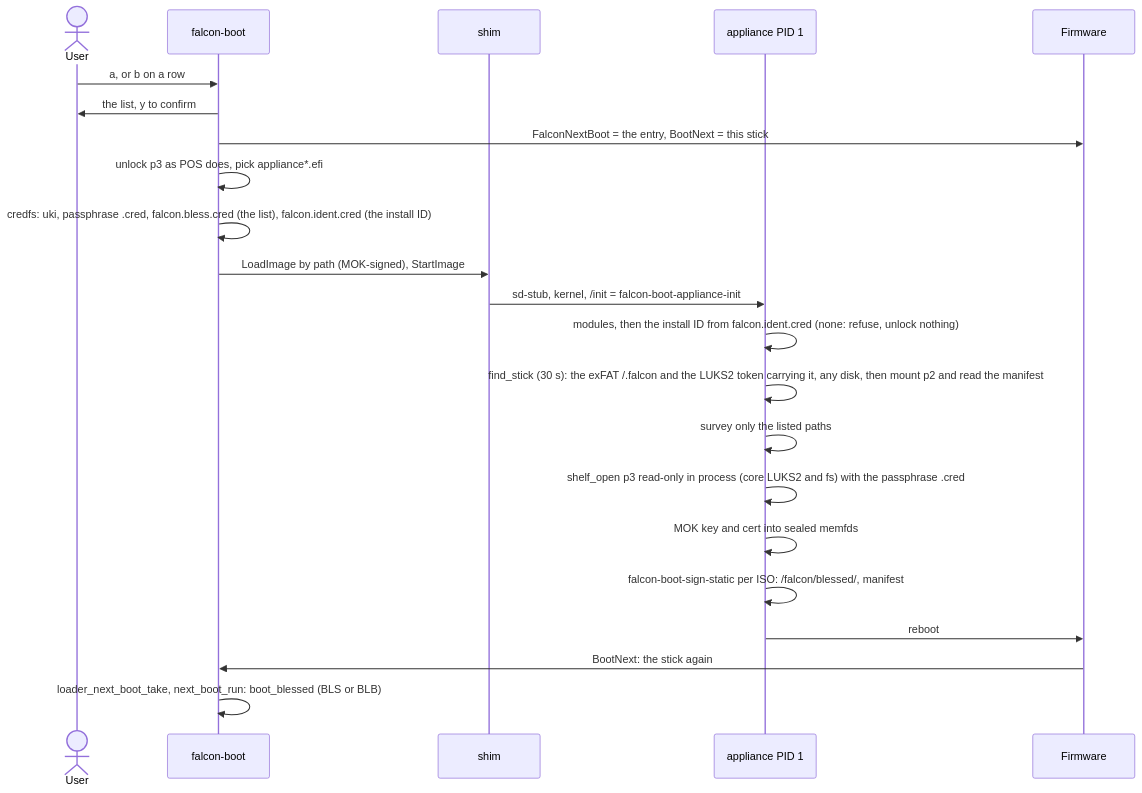
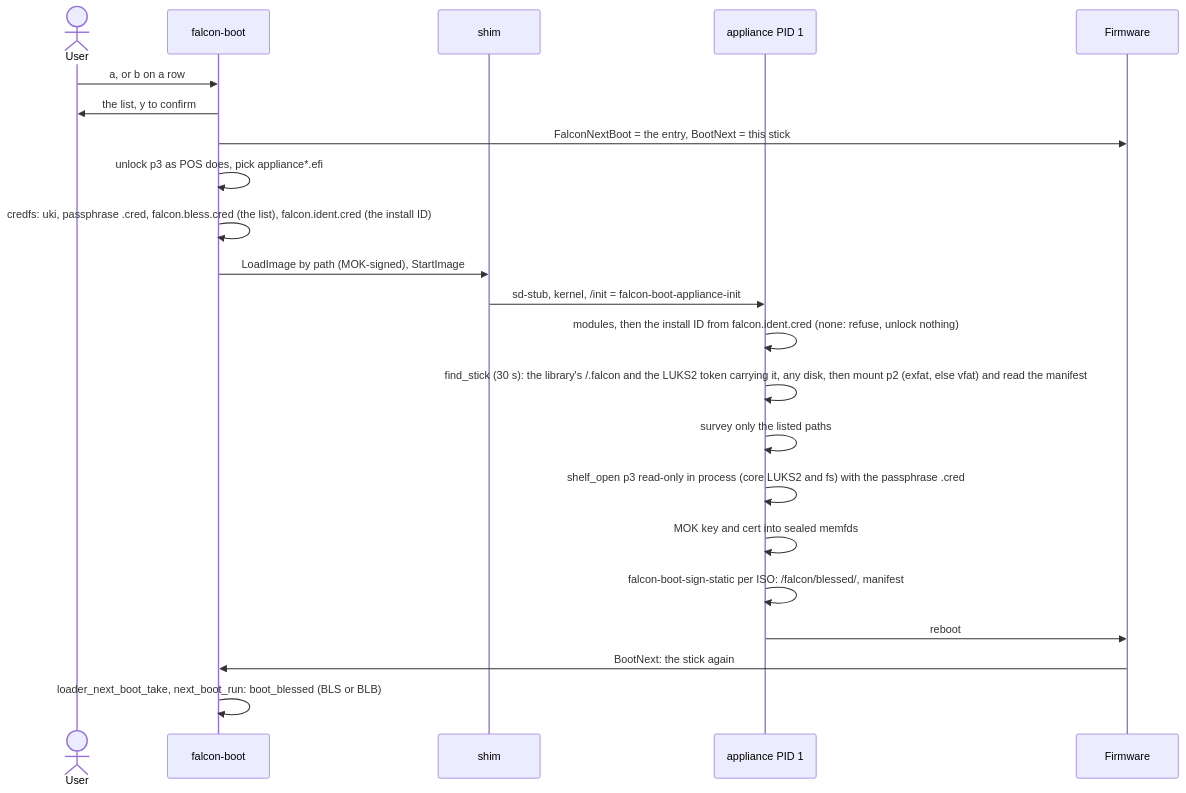
One commit to vifair22/falcon-boot changed the fourth of 24 diagrams in docs/DESIGN.md. Above: the diagram before and after it, drawn with Mermaid. The commit also changed other lines of this file and 22 other files, not shown here.

````diff
--- a/docs/DESIGN.md
+++ b/docs/DESIGN.md
@@ -2875,24 +2888,24 @@
 ```mermaid
 sequenceDiagram
     actor U as User
     participant L as falcon-boot
     participant S as shim
     participant A as appliance PID 1
     participant F as Firmware
     U->>L: a, or b on a row
     L->>U: the list, y to confirm
     L->>F: FalconNextBoot = the entry, BootNext = this stick
     L->>L: unlock p3 as POS does, pick appliance*.efi
     L->>L: credfs: uki, passphrase .cred, falcon.bless.cred (the list), falcon.ident.cred (the install ID)
     L->>S: LoadImage by path (MOK-signed), StartImage
     S->>A: sd-stub, kernel, /init = falcon-boot-appliance-init
     A->>A: modules, then the install ID from falcon.ident.cred (none: refuse, unlock nothing)
-    A->>A: find_stick (30 s): the exFAT /.falcon and the LUKS2 token carrying it, any disk, then mount p2 and read the manifest
+    A->>A: find_stick (30 s): the library's /.falcon and the LUKS2 token carrying it, any disk, then mount p2 (exfat, else vfat) and read the manifest
     A->>A: survey only the listed paths
     A->>A: shelf_open p3 read-only in process (core LUKS2 and fs) with the passphrase .cred
     A->>A: MOK key and cert into sealed memfds
     A->>A: falcon-boot-sign-static per ISO: /falcon/blessed/, manifest
     A->>F: reboot
     F->>L: BootNext: the stick again
     L->>L: loader_next_boot_take, next_boot_run: boot_blessed (BLS or BLB)
 ```
````
